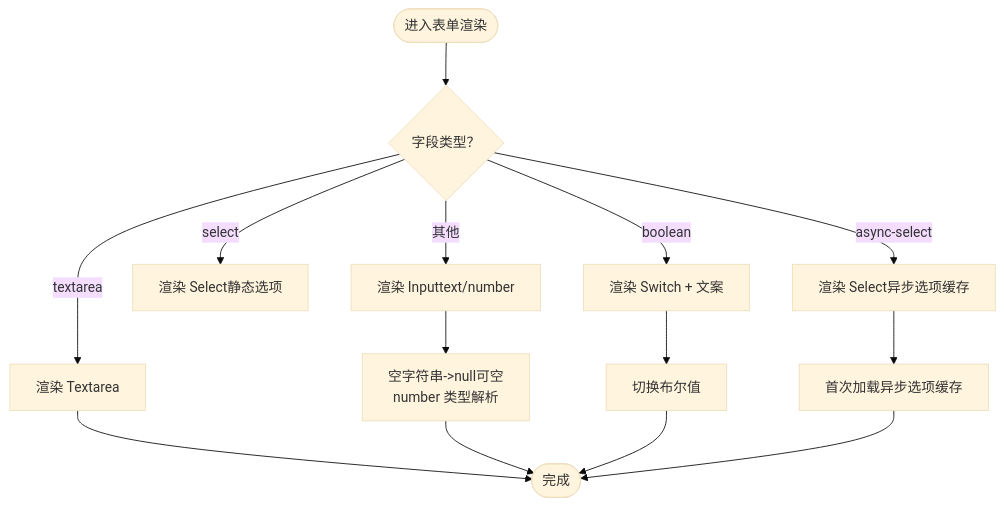
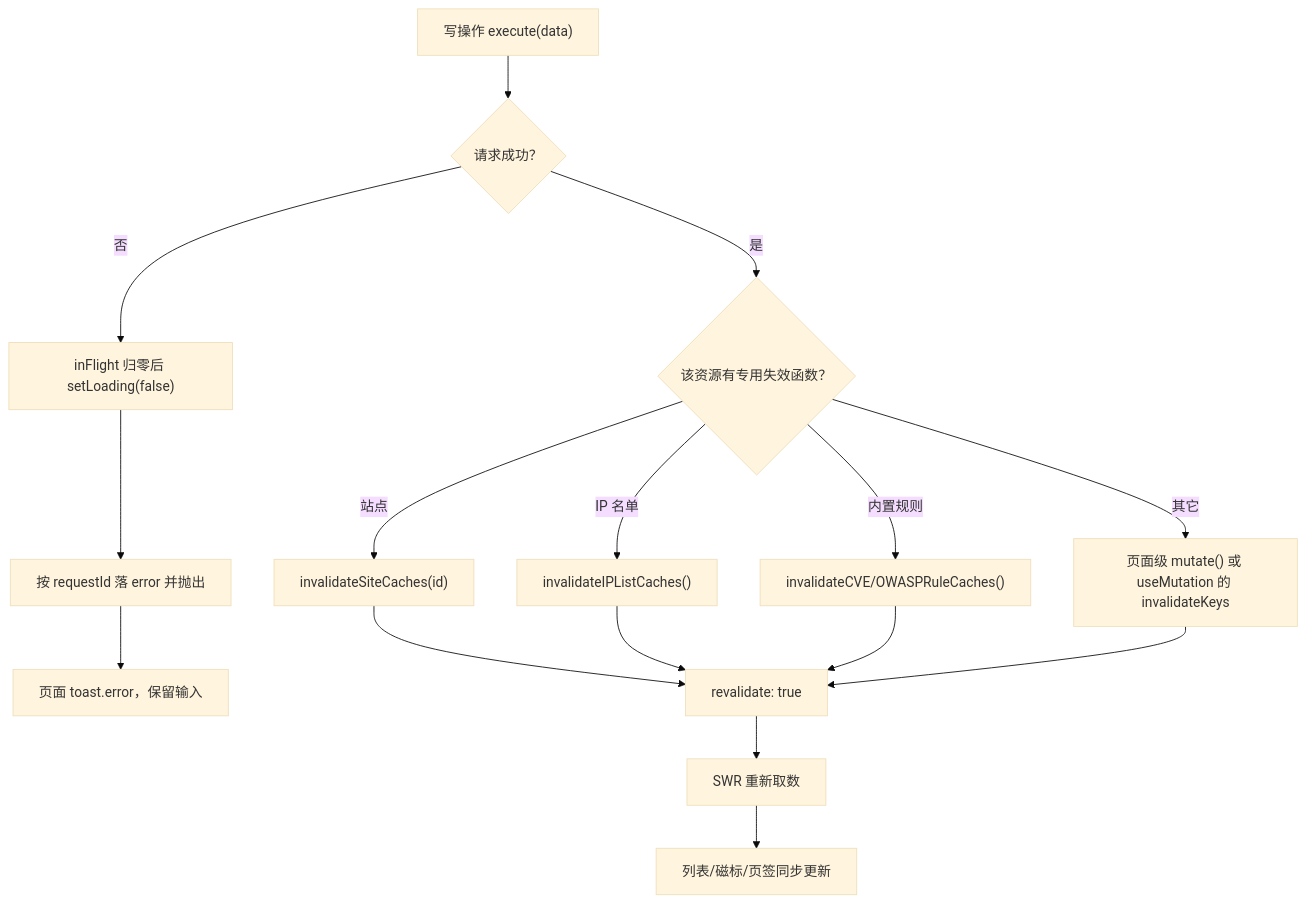
The fourth of 6 diagrams in docs/前端管理界面/组件设计模式/CRUD 页面组件.md (x01n/My-OpenWaf), drawn with Mermaid (base theme) before and after one commit. The commit also changed other lines of this file and 622 other files, not shown here.

````diff
--- a/docs/前端管理界面/组件设计模式/CRUD 页面组件.md
+++ b/docs/前端管理界面/组件设计模式/CRUD 页面组件.md
@@ -158,16 +306,18 @@
 ```mermaid
 flowchart TD
-Start(["进入表单渲染"]) --> CheckType{"字段类型？"}
-CheckType --> |textarea| RenderTextarea["渲染 Textarea"]
-CheckType --> |boolean| RenderSwitch["渲染 Switch + 文案"]
-CheckType --> |select| RenderSelect["渲染 Select静态选项"]
-CheckType --> |async-select| RenderAsyncSelect["渲染 Select异步选项缓存"]
-CheckType --> |其他| RenderInput["渲染 Inputtext/number"]
-RenderAsyncSelect --> LoadAsync["首次加载异步选项缓存"]
-RenderInput --> ParseValue["空字符串->null可空<br/>number 类型解析"]
-RenderSwitch --> Toggle["切换布尔值"]
-RenderTextarea --> End(["完成"])
-ParseValue --> End
-Toggle --> End
-LoadAsync --> End
+  W["写操作 execute(data)"] --> OK{"请求成功？"}
+  OK --> |否| ERR["inFlight 归零后 setLoading(false)"]
+  ERR --> THROW["按 requestId 落 error 并抛出"]
+  THROW --> T1["页面 toast.error，保留输入"]
+  OK --> |是| K{"该资源有专用失效函数？"}
+  K --> |站点| I1["invalidateSiteCaches(id)"]
+  K --> |IP 名单| I2["invalidateIPListCaches()"]
+  K --> |内置规则| I3["invalidateCVE/OWASPRuleCaches()"]
+  K --> |其它| I4["页面级 mutate() 或 useMutation 的 invalidateKeys"]
+  I1 --> RV["revalidate: true"]
+  I2 --> RV
+  I3 --> RV
+  I4 --> RV
+  RV --> RD["SWR 重新取数"]
+  RD --> UI["列表/磁标/页签同步更新"]
 ```
````
